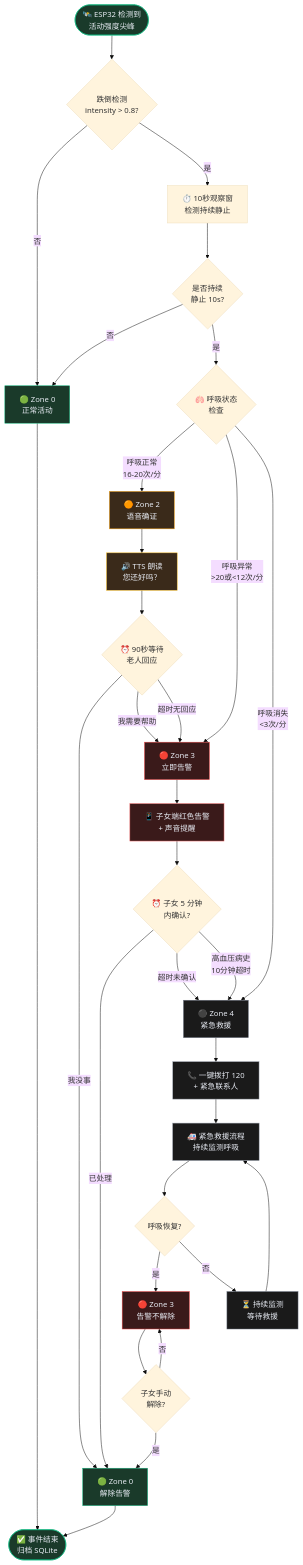
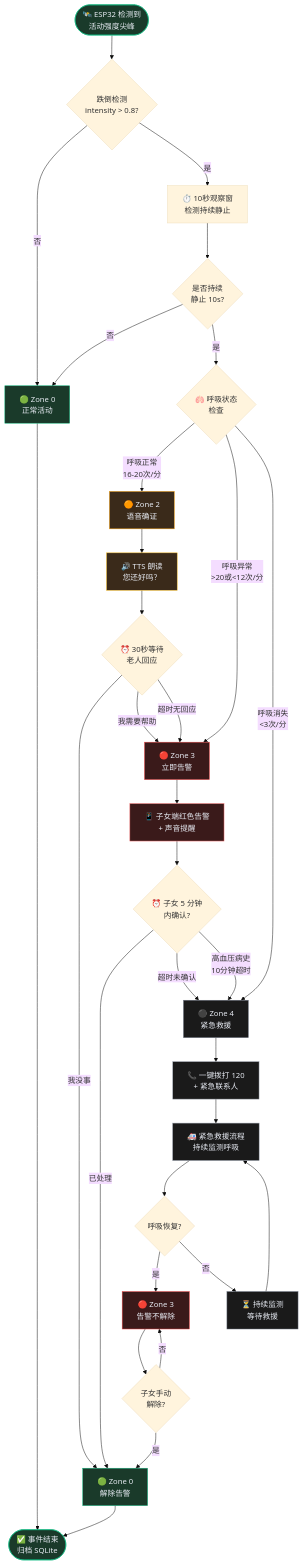
Before and after one commit to firecangshu/guardgoose: the diagram in docs/diagrams/04_SOP流程图.mmd, drawn with Mermaid (base theme). The commit also changed 12 other files, not shown here.

First line of the commit message:
docs: 清除图示与旧版web中遗留的90s呼唤时长字样，统一为30s

```diff
--- a/docs/diagrams/04_SOP流程图.mmd
+++ b/docs/diagrams/04_SOP流程图.mmd
@@ -1,51 +1,51 @@
 flowchart TD
     START(["🛰️ ESP32 检测到<br/>活动强度尖峰"]) --> DETECT{"跌倒检测<br/>intensity > 0.8?"}
     DETECT -->|"否"| NORMAL["🟢 Zone 0<br/>正常活动"]
     DETECT -->|"是"| OBSERVE["⏱️ 10秒观察窗<br/>检测持续静止"]
     OBSERVE --> STILL{"是否持续<br/>静止 10s?"}
     STILL -->|"否"| NORMAL
     STILL -->|"是"| BREATH_CHECK{"🫁 呼吸状态<br/>检查"}
 
     BREATH_CHECK -->|"呼吸正常<br/>16-20次/分"| ZONE2["🟠 Zone 2<br/>语音确证"]
     BREATH_CHECK -->|"呼吸异常<br/>>20或<12次/分"| ZONE3["🔴 Zone 3<br/>立即告警"]
     BREATH_CHECK -->|"呼吸消失<br/><3次/分"| ZONE4["⚫ Zone 4<br/>紧急救援"]
 
     ZONE2 --> TTS["🔊 TTS 朗读<br/>您还好吗？"]
-    TTS --> WAIT{"⏰ 90秒等待<br/>老人回应"}
+    TTS --> WAIT{"⏰ 30秒等待<br/>老人回应"}
     WAIT -->|"我没事"| CLEAR["🟢 Zone 0<br/>解除告警"]
     WAIT -->|"我需要帮助"| ZONE3
     WAIT -->|"超时无回应"| ZONE3
 
     ZONE3 --> NOTIFY["📱 子女端红色告警<br/>+ 声音提醒"]
     NOTIFY --> CONFIRM{"⏰ 子女 5 分钟<br/>内确认?"}
     CONFIRM -->|"已处理"| CLEAR
     CONFIRM -->|"超时未确认"| ZONE4
     CONFIRM -->|"高血压病史<br/>10分钟超时"| ZONE4
 
     ZONE4 --> DIAL["📞 一键拨打 120<br/>+ 紧急联系人"]
     DIAL --> RESCUE["🚑 紧急救援流程<br/>持续监测呼吸"]
     RESCUE --> RECOVER{"呼吸恢复?"}
     RECOVER -->|"是"| ZONE3_DOWNGRADE["🔴 Zone 3<br/>告警不解除"]
     RECOVER -->|"否"| CONTINUE["⏳ 持续监测<br/>等待救援"]
     CONTINUE --> RESCUE
 
     ZONE3_DOWNGRADE --> MANUAL_CLEAR{"子女手动<br/>解除?"}
     MANUAL_CLEAR -->|"是"| CLEAR
     MANUAL_CLEAR -->|"否"| ZONE3_DOWNGRADE
 
     CLEAR --> END_NODE(["✅ 事件结束<br/>归档 SQLite"])
     NORMAL --> END_NODE
 
     style START fill:#1a3a2a,stroke:#10b981,color:#e8ecf4
     style NORMAL fill:#1a3a2a,stroke:#10b981,color:#e8ecf4
     style CLEAR fill:#1a3a2a,stroke:#10b981,color:#e8ecf4
     style ZONE2 fill:#3a2a1a,stroke:#f59e0b,color:#e8ecf4
     style TTS fill:#3a2a1a,stroke:#fbbf24,color:#e8ecf4
     style ZONE3 fill:#3a1a1a,stroke:#ef4444,color:#e8ecf4
     style NOTIFY fill:#3a1a1a,stroke:#f87171,color:#e8ecf4
     style ZONE3_DOWNGRADE fill:#3a1a1a,stroke:#ef4444,color:#e8ecf4
     style ZONE4 fill:#1a1a1a,stroke:#6b7280,color:#e8ecf4
     style DIAL fill:#1a1a1a,stroke:#9ca3af,color:#e8ecf4
     style RESCUE fill:#1a1a1a,stroke:#9ca3af,color:#e8ecf4
     style CONTINUE fill:#1a1a1a,stroke:#6b7280,color:#e8ecf4
     style END_NODE fill:#1a3a2a,stroke:#10b981,color:#e8ecf4
```
